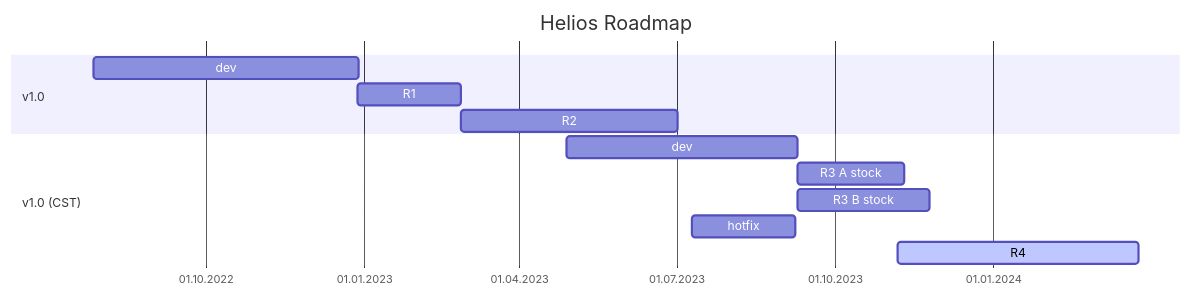
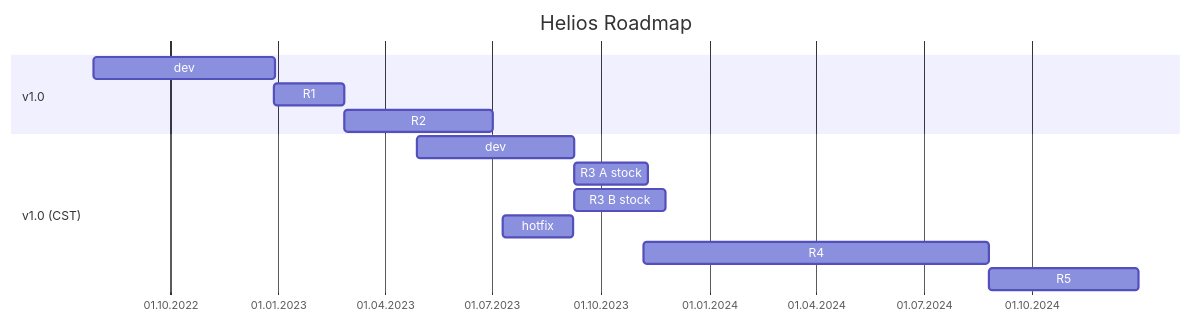
Before and after one commit to 0xCB-dev/docs.keeb.supply: the diagram in content/0xcb-helios/infos/index.md, drawn with Mermaid. The commit also changed other lines of this file and 7 other files, not shown here.

````diff
--- a/content/0xcb-helios/infos/index.md
+++ b/content/0xcb-helios/infos/index.md
@@ -33,20 +33,21 @@
 ```mermaid
 
 
 
 gantt
     title Helios Roadmap
     todayMarker off
     dateFormat  YYYY-MM-DD
     axisFormat %d.%m.%Y
     section v1.0
     dev                         :2022-07-28, 22w
     R1                          :2022-12-28, 2023-02-26
     R2                          :2023-02-26, 2023-07-02
     section v1.0 (CST)
     dev                         :2023-04-28, 2023-09-09
     R3 A stock                  :2023-09-09, 2023-11-10
     R3 B stock                  :2023-09-09, 2023-11-25
     hotfix                      :2023-07-10, 60d
-    R4                          :active, 2023-11-06, 20w
+    R4                          :2023-11-06, 2024-08-25
+    R5                          :2024-08-25, 2024-12-30
 ```
````
